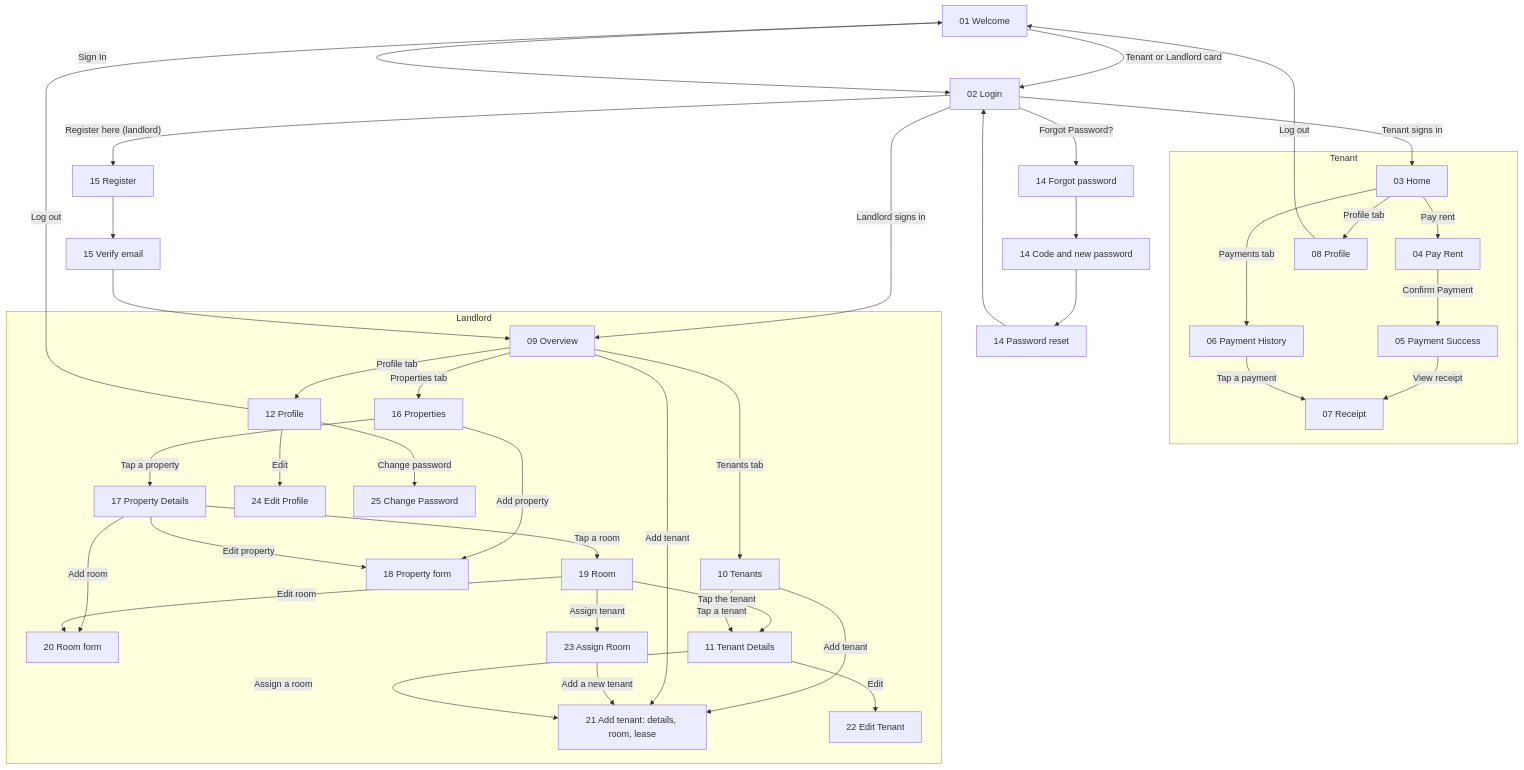
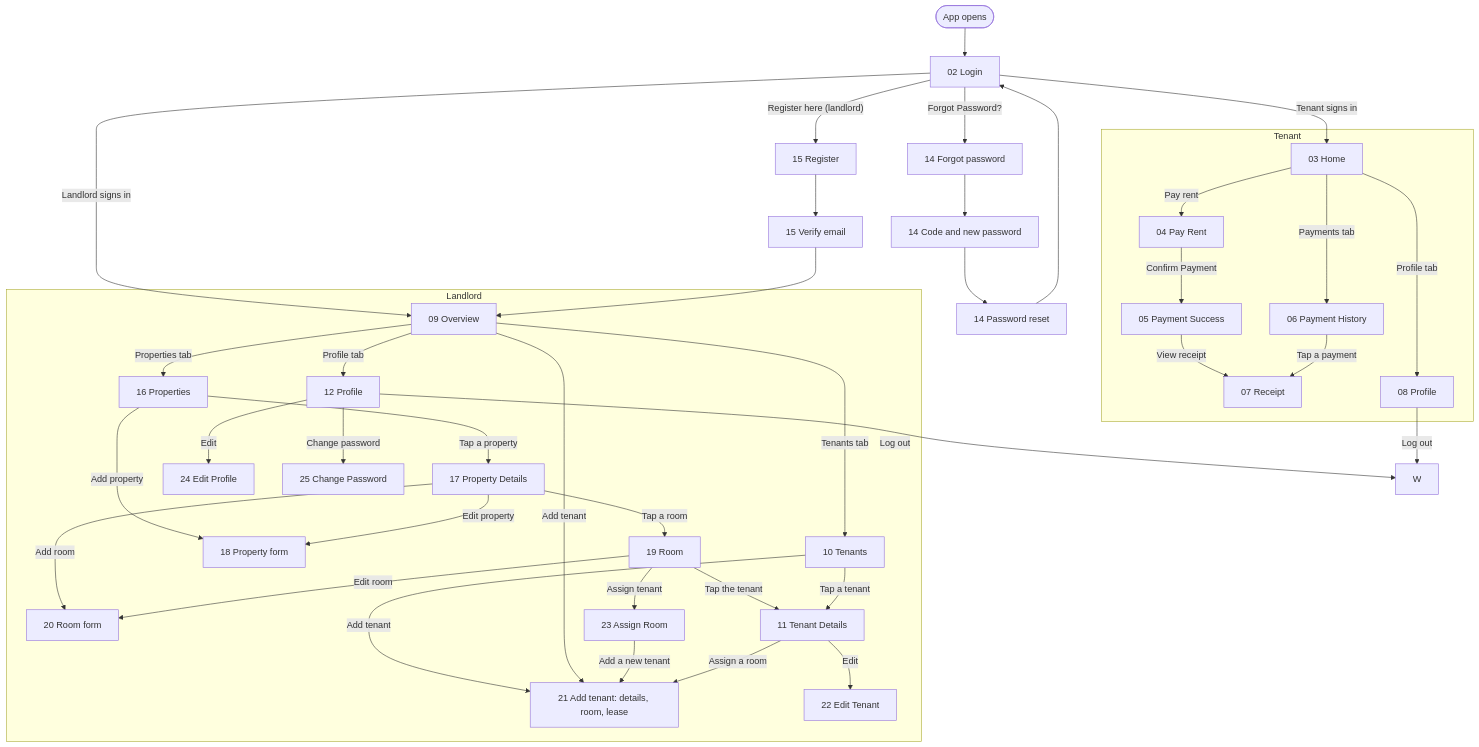
The diagram in README.md (nil2022/rentwallet-app), drawn with Mermaid before and after one commit. The commit also changed other lines of this file, not shown here.

Commit message:
Update the README for crop and preview, Login first and the new drawer

````diff
--- a/README.md
+++ b/README.md
@@ -104,45 +106,44 @@
 ```mermaid
 flowchart TD
-    W["01 Welcome"] -->|"Tenant or Landlord card"| L["02 Login"]
-    W -->|"Sign In"| L
+    S(["App opens"]) --> L["02 Login"]
     L -->|"Forgot Password?"| F1["14 Forgot password"]
     F1 --> F2["14 Code and new password"] --> F3["14 Password reset"] --> L
     L -->|"Register here (landlord)"| R1["15 Register"] --> R2["15 Verify email"]
     L -->|"Tenant signs in"| TH
     L -->|"Landlord signs in"| LO
     R2 --> LO
 
     subgraph Tenant
         TH["03 Home"] -->|"Pay rent"| PR["04 Pay Rent"]
         PR -->|"Confirm Payment"| PS["05 Payment Success"]
         PS -->|"View receipt"| RC["07 Receipt"]
         TH -->|"Payments tab"| PH["06 Payment History"]
         PH -->|"Tap a payment"| RC
         TH -->|"Profile tab"| TP["08 Profile"]
     end
 
     subgraph Landlord
         LO["09 Overview"] -->|"Properties tab"| PL["16 Properties"]
         LO -->|"Tenants tab"| TS["10 Tenants"]
         LO -->|"Profile tab"| LP["12 Profile"]
         PL -->|"Tap a property"| PD["17 Property Details"]
         PL -->|"Add property"| PF["18 Property form"]
         PD -->|"Edit property"| PF
         PD -->|"Add room"| RF["20 Room form"]
         PD -->|"Tap a room"| RD["19 Room"]
         RD -->|"Edit room"| RF
         RD -->|"Assign tenant"| AR["23 Assign Room"]
         RD -->|"Tap the tenant"| TD["11 Tenant Details"]
         TS -->|"Tap a tenant"| TD
         TS -->|"Add tenant"| AT["21 Add tenant: details, room, lease"]
         LO -->|"Add tenant"| AT
         AR -->|"Add a new tenant"| AT
         TD -->|"Edit"| TF["22 Edit Tenant"]
         TD -->|"Assign a room"| AT
         LP -->|"Edit"| EP["24 Edit Profile"]
         LP -->|"Change password"| CP["25 Change Password"]
     end
 
     TP -->|"Log out"| W
     LP -->|"Log out"| W
 ```
````
